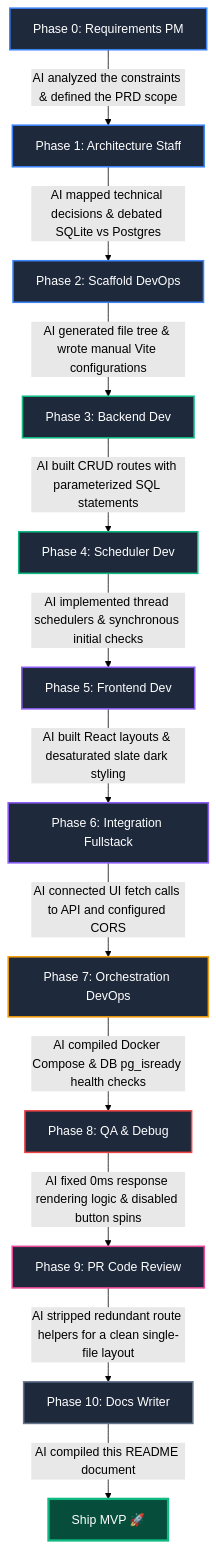
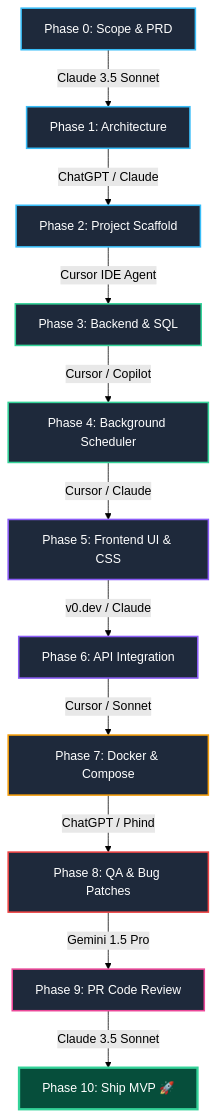
One commit to Nishchalpr4/UpTime-Moniter changed the second of 3 diagrams in README.md. Above: the diagram before and after it, drawn with Mermaid (forest theme). The commit also changed other lines of this file, not shown here.

Commit message:
docs: reorganize README into structured diagrams and AI model matrix

````diff
--- a/README.md
+++ b/README.md
@@ -59,27 +96,25 @@
 ```mermaid
-graph TD
-    P0[Phase 0: Requirements PM] -->|AI analyzed the constraints & defined the PRD scope| P1[Phase 1: Architecture Staff]
-    P1 -->|AI mapped technical decisions & debated SQLite vs Postgres| P2[Phase 2: Scaffold DevOps]
-    P2 -->|AI generated file tree & wrote manual Vite configurations| P3[Phase 3: Backend Dev]
-    P3 -->|AI built CRUD routes with parameterized SQL statements| P4[Phase 4: Scheduler Dev]
-    P4 -->|AI implemented thread schedulers & synchronous initial checks| P5[Phase 5: Frontend Dev]
-    P5 -->|AI built React layouts & desaturated slate dark styling| P6[Phase 6: Integration Fullstack]
-    P6 -->|AI connected UI fetch calls to API and configured CORS| P7[Phase 7: Orchestration DevOps]
-    P7 -->|AI compiled Docker Compose & DB pg_isready health checks| P8[Phase 8: QA & Debug]
-    P8 -->|AI fixed 0ms response rendering logic & disabled button spins| P9[Phase 9: PR Code Review]
-    P9 -->|AI stripped redundant route helpers for a clean single-file layout| P10[Phase 10: Docs Writer]
-    P10 -->|AI compiled this README document| End[Ship MVP 🚀]
-    
-    style P0 fill:#1e293b,stroke:#3b82f6,stroke-width:2px,color:#fff
-    style P1 fill:#1e293b,stroke:#3b82f6,stroke-width:2px,color:#fff
-    style P2 fill:#1e293b,stroke:#3b82f6,stroke-width:2px,color:#fff
-    style P3 fill:#1e293b,stroke:#10b981,stroke-width:2px,color:#fff
-    style P4 fill:#1e293b,stroke:#10b981,stroke-width:2px,color:#fff
-    style P5 fill:#1e293b,stroke:#8b5cf6,stroke-width:2px,color:#fff
-    style P6 fill:#1e293b,stroke:#8b5cf6,stroke-width:2px,color:#fff
-    style P7 fill:#1e293b,stroke:#f59e0b,stroke-width:2px,color:#fff
-    style P8 fill:#1e293b,stroke:#ef4444,stroke-width:2px,color:#fff
-    style P9 fill:#1e293b,stroke:#ec4899,stroke-width:2px,color:#fff
-    style P10 fill:#1e293b,stroke:#64748b,stroke-width:2px,color:#fff
-    style End fill:#064e3b,stroke:#10b981,stroke-width:3px,color:#fff
+flowchart TD
+    A[Phase 0: Scope & PRD] -->|Claude 3.5 Sonnet| B[Phase 1: Architecture]
+    B -->|ChatGPT / Claude| C[Phase 2: Project Scaffold]
+    C -->|Cursor IDE Agent| D[Phase 3: Backend & SQL]
+    D -->|Cursor / Copilot| E[Phase 4: Background Scheduler]
+    E -->|Cursor / Claude| F[Phase 5: Frontend UI & CSS]
+    F -->|v0.dev / Claude| G[Phase 6: API Integration]
+    G -->|Cursor / Sonnet| H[Phase 7: Docker & Compose]
+    H -->|ChatGPT / Phind| I[Phase 8: QA & Bug Patches]
+    I -->|Gemini 1.5 Pro| J[Phase 9: PR Code Review]
+    J -->|Claude 3.5 Sonnet| K[Phase 10: Ship MVP 🚀]
+
+    style A fill:#1e293b,stroke:#38bdf8,stroke-width:2px,color:#fff
+    style B fill:#1e293b,stroke:#38bdf8,stroke-width:2px,color:#fff
+    style C fill:#1e293b,stroke:#38bdf8,stroke-width:2px,color:#fff
+    style D fill:#1e293b,stroke:#34d399,stroke-width:2px,color:#fff
+    style E fill:#1e293b,stroke:#34d399,stroke-width:2px,color:#fff
+    style F fill:#1e293b,stroke:#8b5cf6,stroke-width:2px,color:#fff
+    style G fill:#1e293b,stroke:#8b5cf6,stroke-width:2px,color:#fff
+    style H fill:#1e293b,stroke:#f59e0b,stroke-width:2px,color:#fff
+    style I fill:#1e293b,stroke:#ef4444,stroke-width:2px,color:#fff
+    style J fill:#1e293b,stroke:#ec4899,stroke-width:2px,color:#fff
+    style K fill:#064e3b,stroke:#34d399,stroke-width:3px,color:#fff
 ```
````
